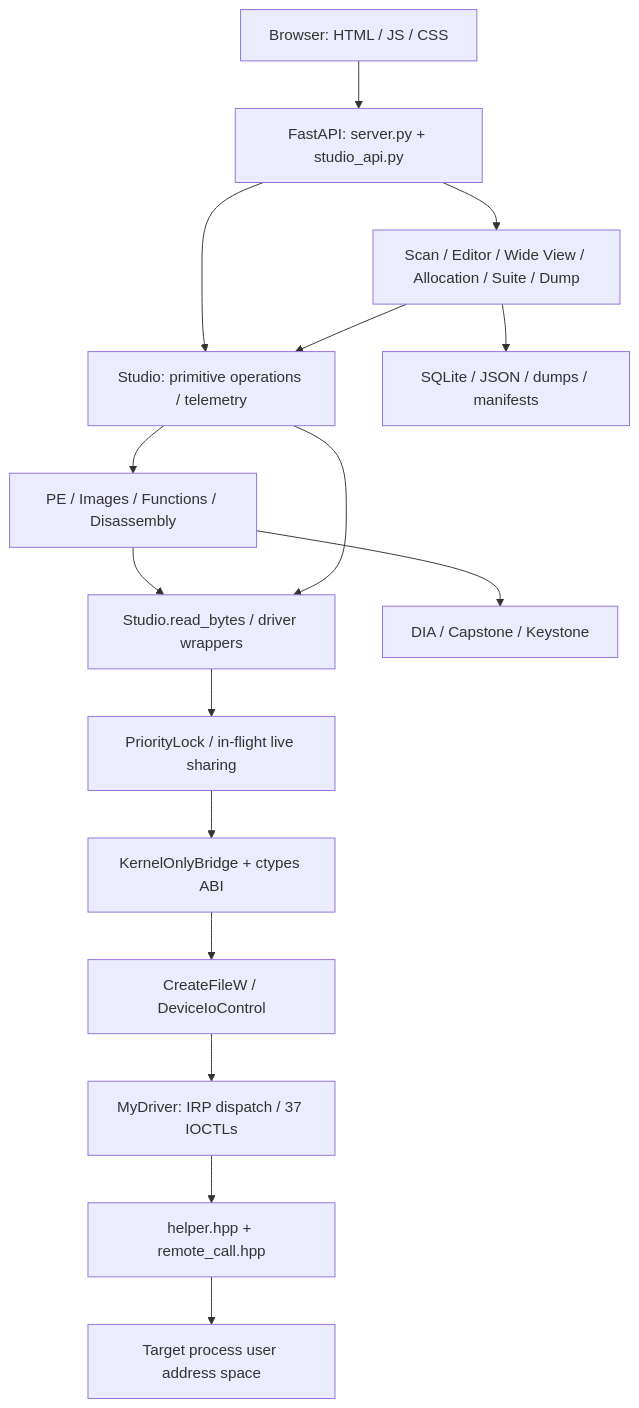
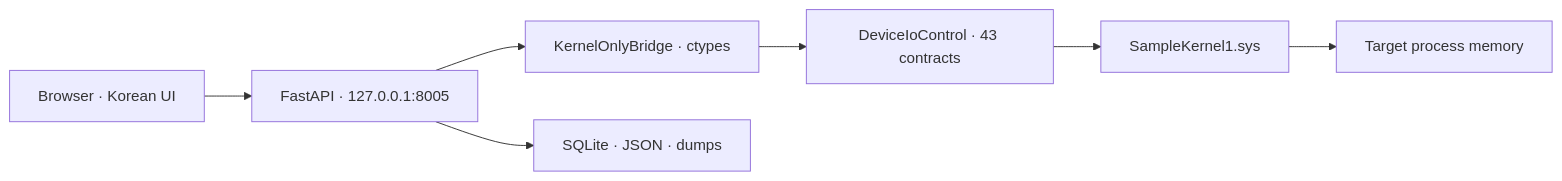
Before and after one commit to lastime1650/Kernel_Based_ProcessMemory_Editor: the first of 2 diagrams in README.en.md, drawn with Mermaid. The commit also changed other lines of this file and 139 other files, not shown here.

First line of the commit message:
Refresh driver 2.6.0.1, Kernel Studio 3.2.2 and visual documentation

````diff
--- a/README.en.md
+++ b/README.en.md
@@ -55,18 +45,9 @@
 ```mermaid
-flowchart TB
-    Browser["Browser: HTML / JS / CSS"] --> HTTP["FastAPI: server.py + studio_api.py"]
-    HTTP --> Studio["Studio: primitive operations / telemetry"]
-    HTTP --> Workspace["Scan / Editor / Wide View / Allocation / Suite / Dump"]
-    Studio --> Analysis["PE / Images / Functions / Disassembly"]
-    Workspace --> Studio
-    Analysis --> StudioIO["Studio.read_bytes / driver wrappers"]
-    Studio --> StudioIO
-    StudioIO --> Schedule["PriorityLock / in-flight live sharing"]
-    Schedule --> Bridge["KernelOnlyBridge + ctypes ABI"]
-    Bridge --> Device["CreateFileW / DeviceIoControl"]
-    Device --> Dispatch["MyDriver: IRP dispatch / 37 IOCTLs"]
-    Dispatch --> Helpers["helper.hpp + remote_call.hpp"]
-    Helpers --> Target["Target process user address space"]
-    Workspace --> Disk["SQLite / JSON / dumps / manifests"]
-    Analysis --> Native["DIA / Capstone / Keystone"]
+flowchart LR
+    UI["Browser · Korean UI"] --> API["FastAPI · 127.0.0.1:8005"]
+    API --> Bridge["KernelOnlyBridge · ctypes"]
+    Bridge --> IO["DeviceIoControl · 43 contracts"]
+    IO --> Driver["SampleKernel1.sys"]
+    Driver --> Target["Target process memory"]
+    API --> Store["SQLite · JSON · dumps"]
 ```
````
